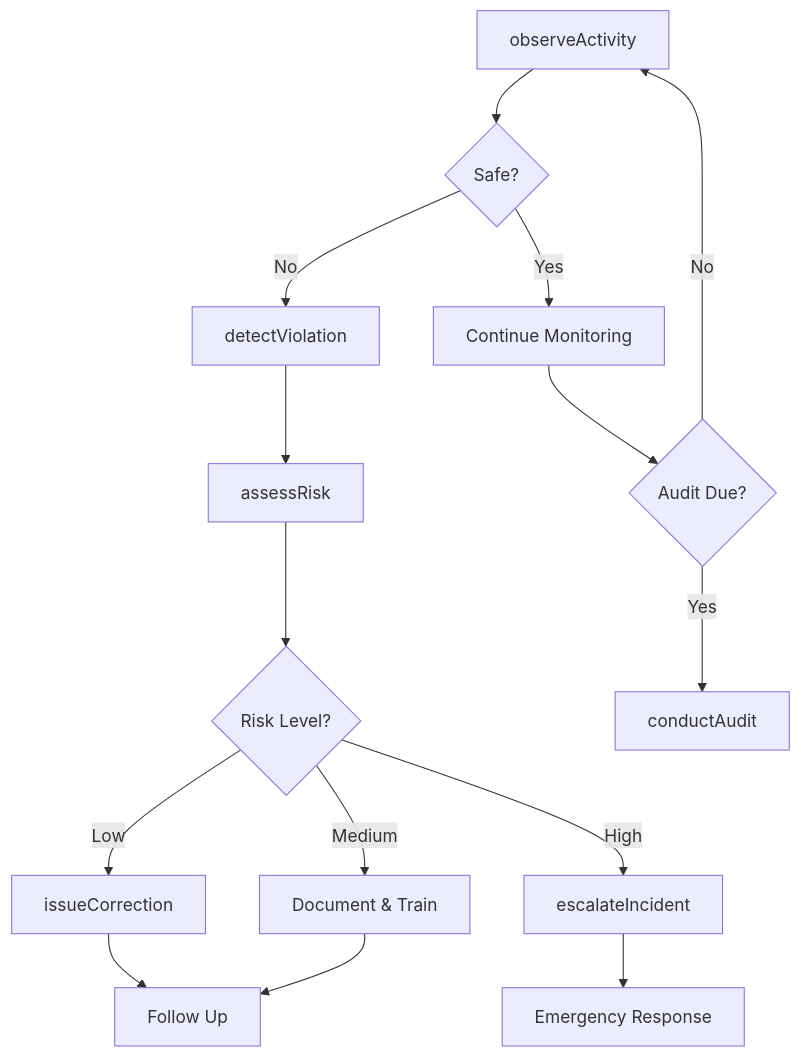
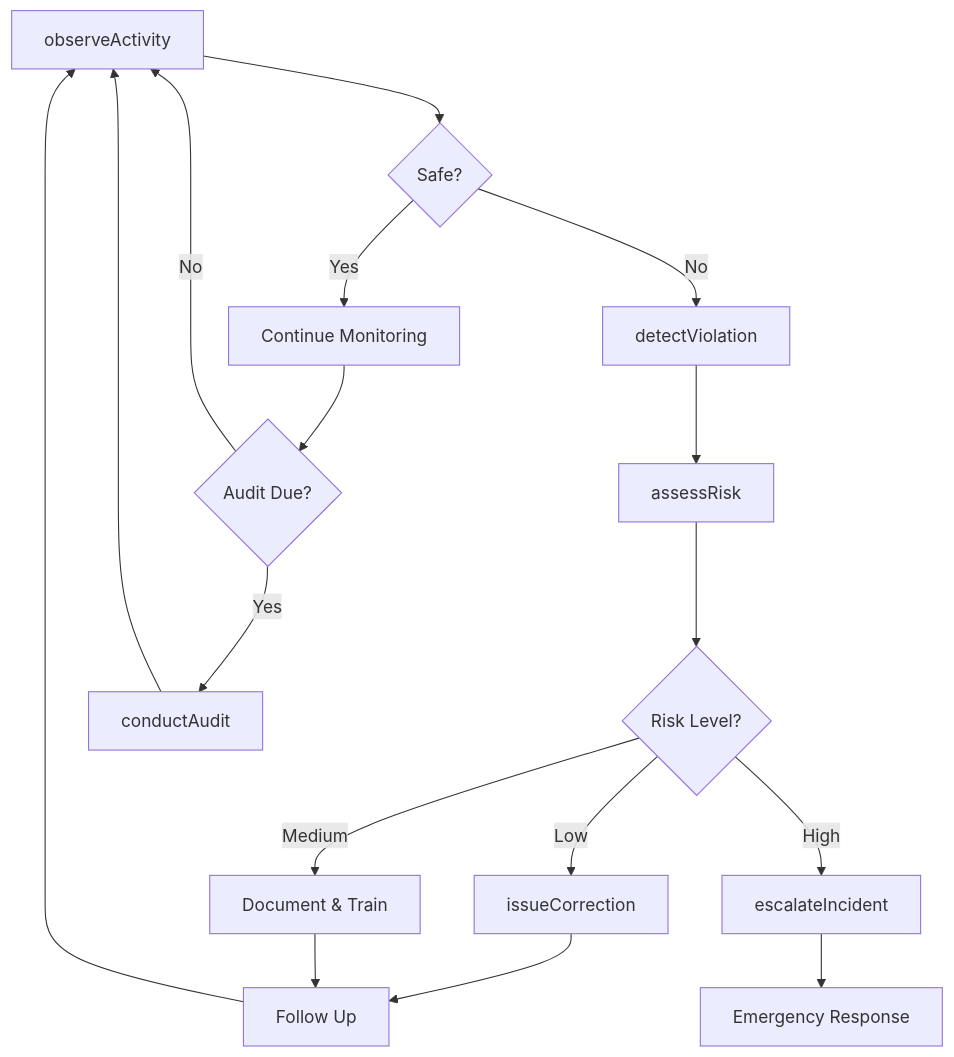
One commit to dot-org-ai/tasks.org.ai changed the third of 4 diagrams in MonitoringProcessesMaterialsOrSurroundings/MonitorIndividualBehaviorOrPerformance/MonitorActivitiesIndividualsEnsureSafety.mdx. Above: the diagram before and after it, drawn with Mermaid. The commit also changed other lines of this file and 504 other files, not shown here.

First line of the commit message:
feat: Add ER diagrams, state diagrams, and workflow improvements to 96 DWA task files

````diff
--- a/MonitoringProcessesMaterialsOrSurroundings/MonitorIndividualBehaviorOrPerformance/MonitorActivitiesIndividualsEnsureSafety.mdx
+++ b/MonitoringProcessesMaterialsOrSurroundings/MonitorIndividualBehaviorOrPerformance/MonitorActivitiesIndividualsEnsureSafety.mdx
@@ -87,17 +120,19 @@
 ```mermaid
 graph TD
     A[observeActivity] --> B{Safe?}
     B -->|Yes| C[Continue Monitoring]
     B -->|No| D[detectViolation]
     D --> E[assessRisk]
     E --> F{Risk Level?}
     F -->|Low| G[issueCorrection]
     F -->|Medium| H[Document & Train]
     F -->|High| I[escalateIncident]
     I --> J[Emergency Response]
     G --> K[Follow Up]
     H --> K
+    K --> A
     C --> L{Audit Due?}
     L -->|Yes| M[conductAudit]
     L -->|No| A
+    M --> A
 ```
````
